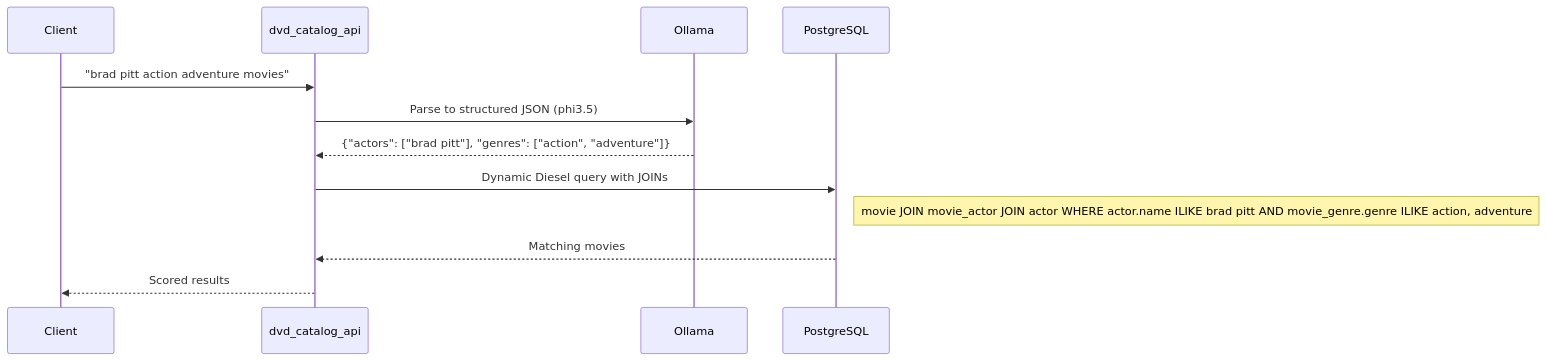
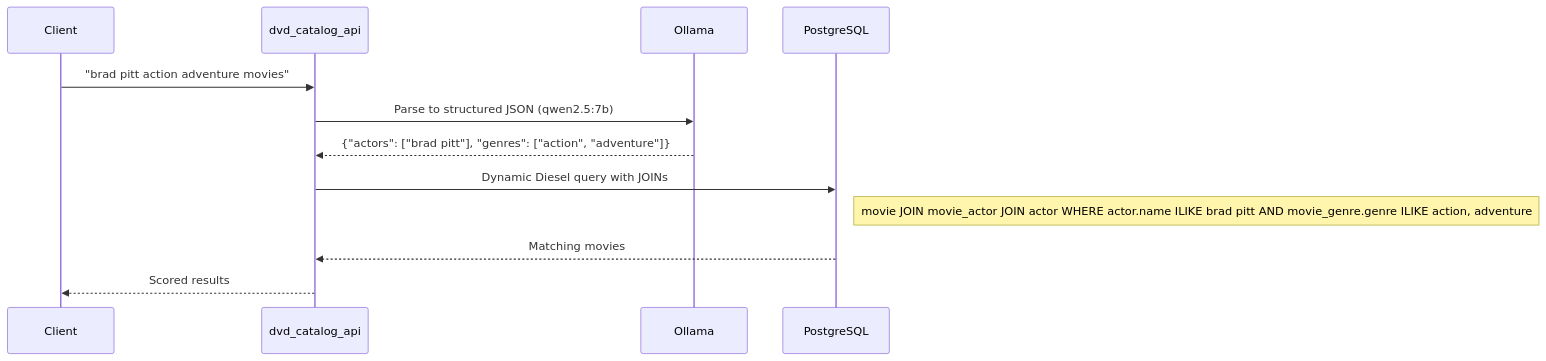
One commit to 1x2kb/dvd_categorize changed the fifth of 5 diagrams in Documentation/Diagrams/SEARCH_FLOW.md. Above: the diagram before and after it, drawn with Mermaid. The commit also changed other lines of this file and 9 other files, not shown here.

````diff
--- a/Documentation/Diagrams/SEARCH_FLOW.md
+++ b/Documentation/Diagrams/SEARCH_FLOW.md
@@ -103,18 +106,18 @@
 ```mermaid
 sequenceDiagram
     participant Client
     participant API as dvd_catalog_api
     participant Ollama
     participant PG as PostgreSQL
 
     Client->>API: "brad pitt action adventure movies"
 
-    API->>Ollama: Parse to structured JSON (phi3.5)
+    API->>Ollama: Parse to structured JSON (qwen2.5:7b)
     Ollama-->>API: {"actors": ["brad pitt"], "genres": ["action", "adventure"]}
 
     API->>PG: Dynamic Diesel query with JOINs
     Note right of PG: movie JOIN movie_actor JOIN actor WHERE actor.name ILIKE brad pitt AND movie_genre.genre ILIKE action, adventure
     PG-->>API: Matching movies
 
     API-->>Client: Scored results
 ```
````
